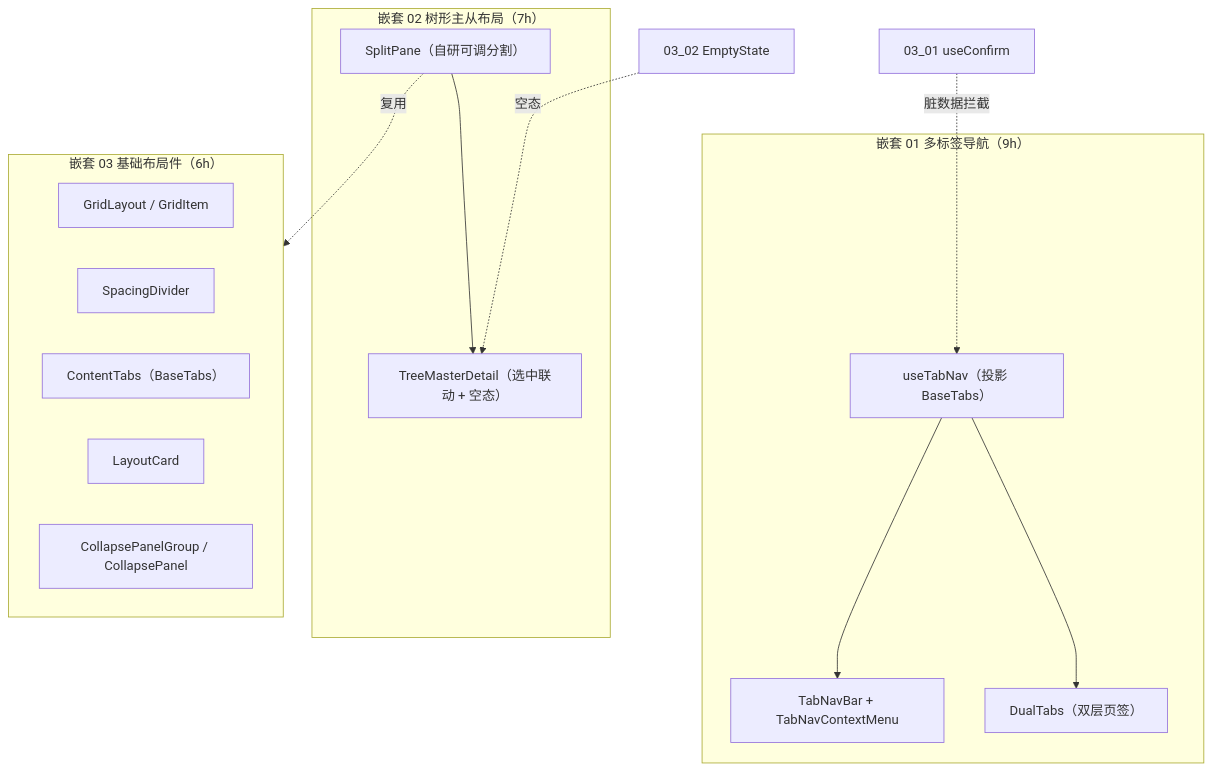
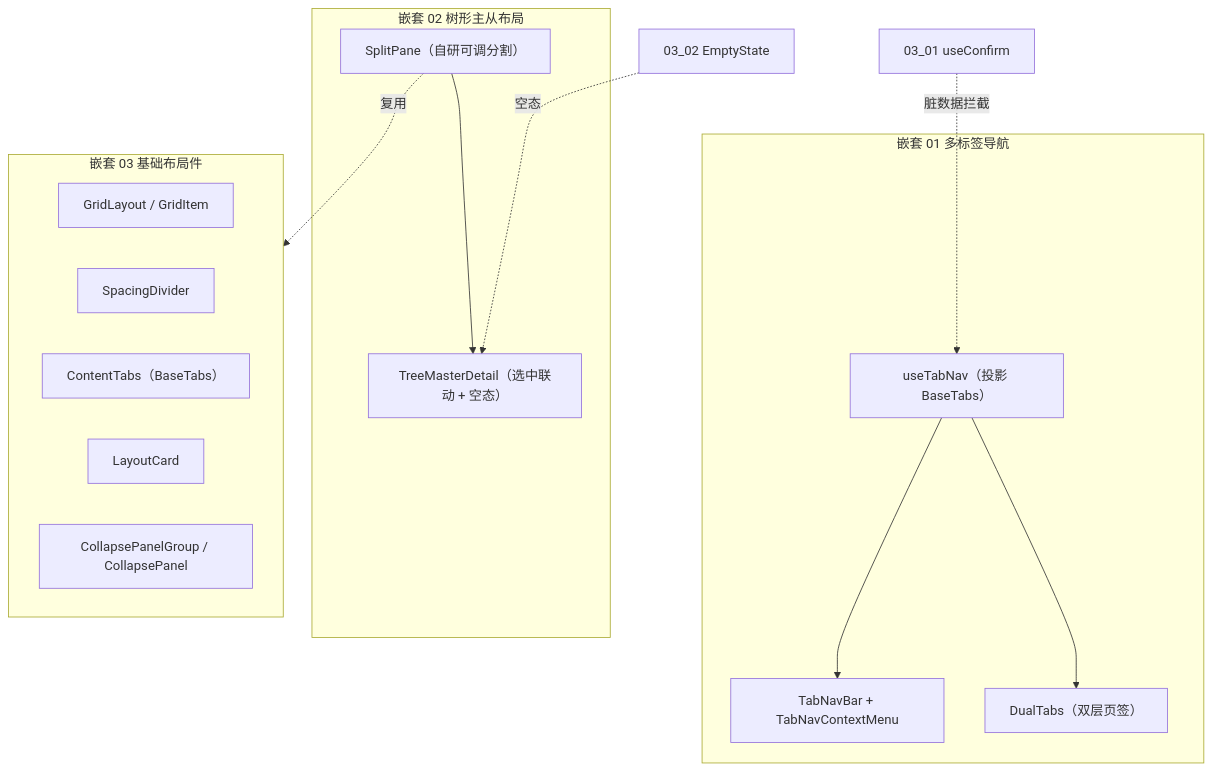
One commit to minjian123/basic-management-system changed the diagram in bms文档/项目/04_前端组件库/任务/03_布局组件类/03_布局组件类_03_结构布局/实施/03_实施_01_结构布局.md. Above: the diagram before and after it, drawn with Mermaid. The commit also changed other lines of this file and 641 other files, not shown here.

````diff
--- a/bms文档/项目/04_前端组件库/任务/03_布局组件类/03_布局组件类_03_结构布局/实施/03_实施_01_结构布局.md
+++ b/bms文档/项目/04_前端组件库/任务/03_布局组件类/03_布局组件类_03_结构布局/实施/03_实施_01_结构布局.md
@@ -22,20 +22,20 @@
 ```mermaid
 flowchart TB
-    subgraph N1["嵌套 01 多标签导航（9h）"]
+ subgraph N1["嵌套 01 多标签导航"]
         A1["useTabNav（投影 BaseTabs）"] --> A2["TabNavBar + TabNavContextMenu"]
         A1 --> A3["DualTabs（双层页签）"]
     end
-    subgraph N2["嵌套 02 树形主从布局（7h）"]
+ subgraph N2["嵌套 02 树形主从布局"]
         B1["SplitPane（自研可调分割）"] --> B2["TreeMasterDetail（选中联动 + 空态）"]
     end
-    subgraph N3["嵌套 03 基础布局件（6h）"]
+ subgraph N3["嵌套 03 基础布局件"]
         C1["GridLayout / GridItem"]
         C2["SpacingDivider"]
         C3["ContentTabs（BaseTabs）"]
         C4["LayoutCard"]
         C5["CollapsePanelGroup / CollapsePanel"]
     end
     B1 -.复用.-> N3
     D1["03_01 useConfirm"] -.脏数据拦截.-> A1
     D2["03_02 EmptyState"] -.空态.-> B2
 ```
````
